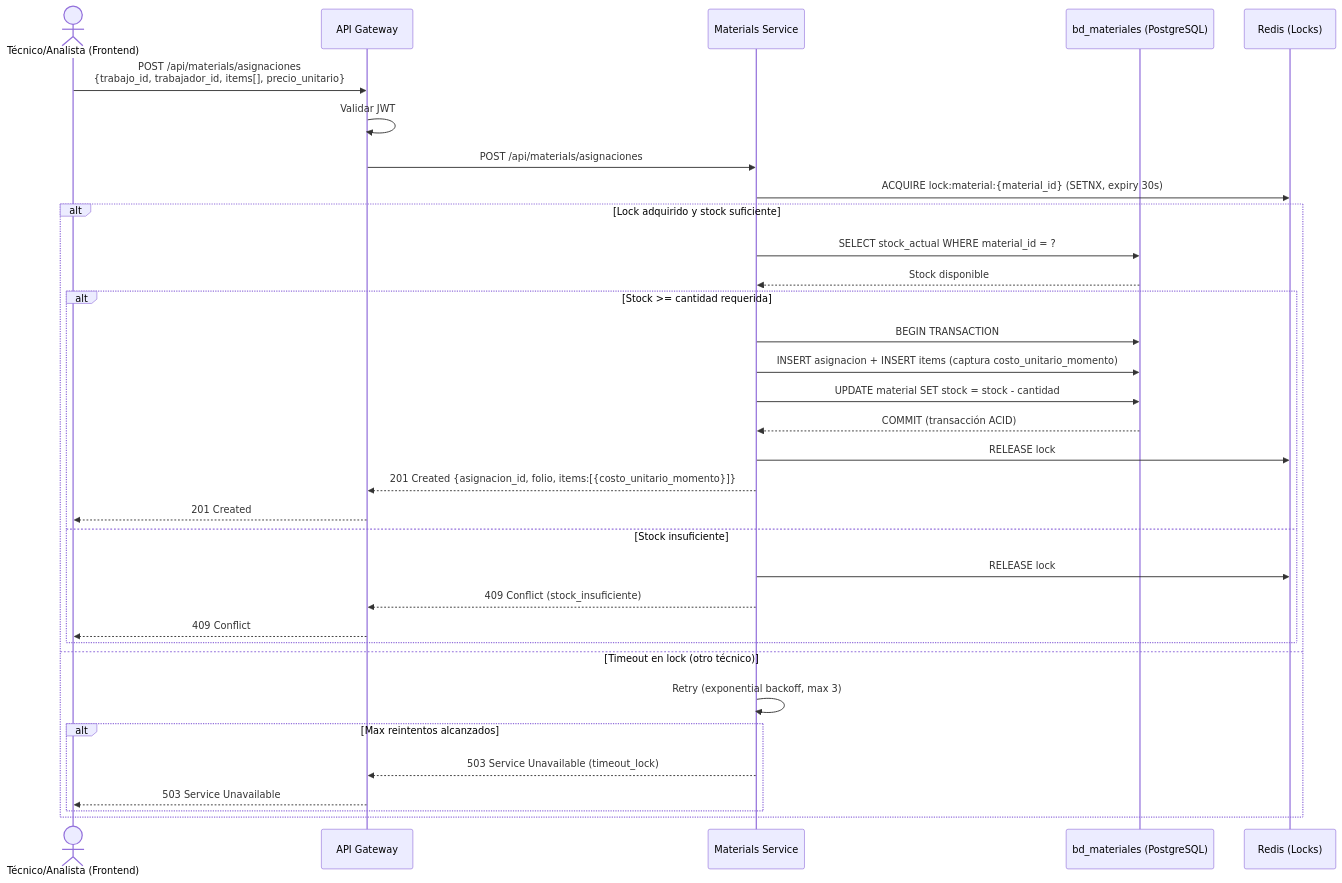
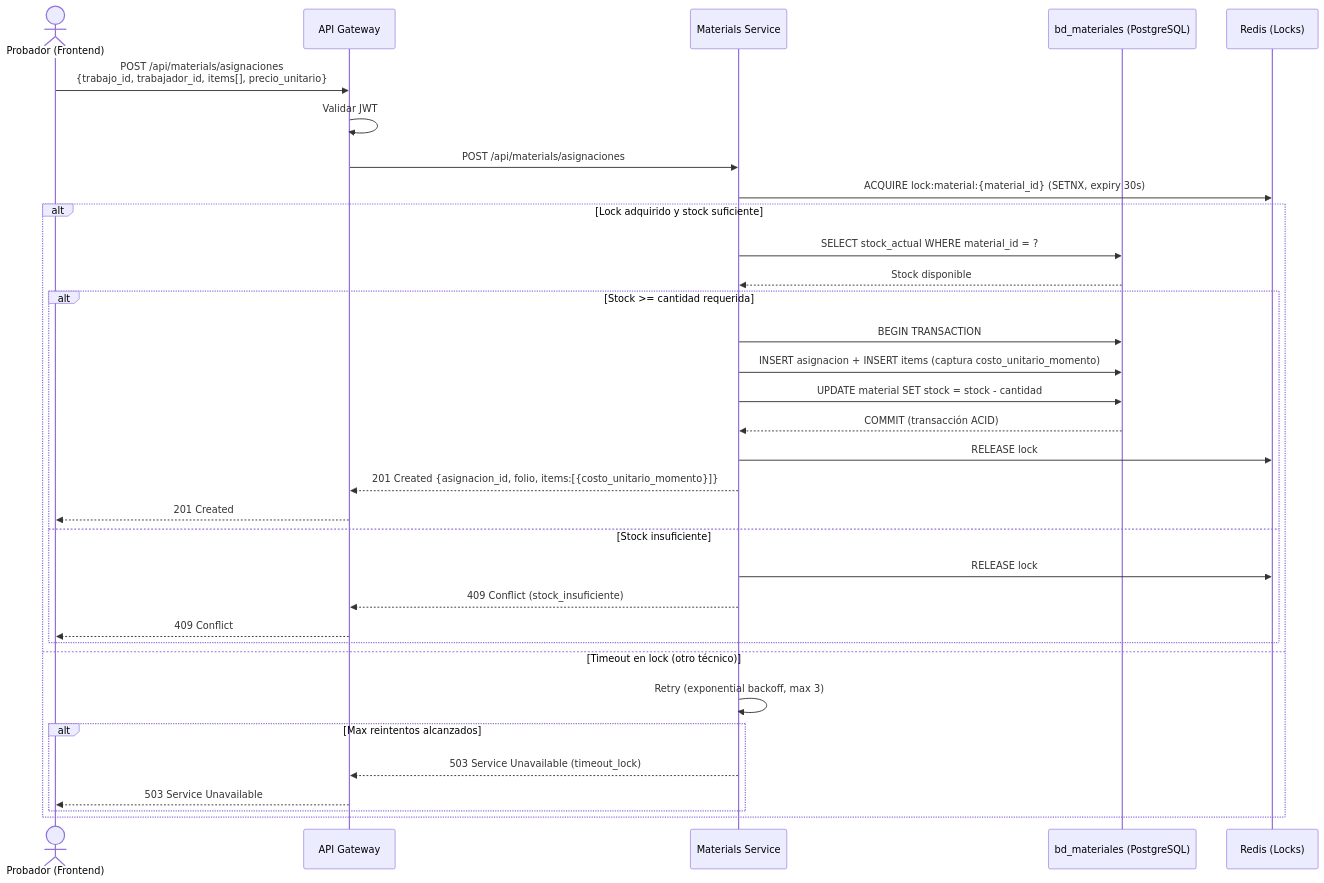
One commit to ybotet/SISGAD5_1.0 changed the fourth of 7 diagrams in docs/diagrams/sequence_diagrams/sequence_diagrams.md. Above: the diagram before and after it, drawn with Mermaid. The commit also changed other lines of this file, not shown here.

Commit message:
docs(diagrams): v2.2 roles corregidos (Probador/Supervisor), estados Cerrada con/sin materiales, orden FSM tras prueba

````diff
--- a/docs/diagrams/sequence_diagrams/sequence_diagrams.md
+++ b/docs/diagrams/sequence_diagrams/sequence_diagrams.md
@@ -234,36 +259,36 @@
 ```mermaid
 sequenceDiagram
-    actor T as Técnico/Analista (Frontend)
+    actor T as Probador (Frontend)
     participant GW as API Gateway
     participant MS as Materials Service
     participant MADB as bd_materiales (PostgreSQL)
     participant RDX as Redis (Locks)
 
     T->>GW: POST /api/materials/asignaciones<br/>{trabajo_id, trabajador_id, items[], precio_unitario}
     GW->>GW: Validar JWT
     GW->>MS: POST /api/materials/asignaciones
     MS->>RDX: ACQUIRE lock:material:{material_id} (SETNX, expiry 30s)
     alt Lock adquirido y stock suficiente
         MS->>MADB: SELECT stock_actual WHERE material_id = ?
         MADB-->>MS: Stock disponible
         alt Stock >= cantidad requerida
             MS->>MADB: BEGIN TRANSACTION
             MS->>MADB: INSERT asignacion + INSERT items (captura costo_unitario_momento)
             MS->>MADB: UPDATE material SET stock = stock - cantidad
             MADB-->>MS: COMMIT (transacción ACID)
             MS->>RDX: RELEASE lock
             MS-->>GW: 201 Created {asignacion_id, folio, items:[{costo_unitario_momento}]}
             GW-->>T: 201 Created
         else Stock insuficiente
             MS->>RDX: RELEASE lock
             MS-->>GW: 409 Conflict (stock_insuficiente)
             GW-->>T: 409 Conflict
         end
     else Timeout en lock (otro técnico)
         MS->>MS: Retry (exponential backoff, max 3)
         alt Max reintentos alcanzados
             MS-->>GW: 503 Service Unavailable (timeout_lock)
             GW-->>T: 503 Service Unavailable
         end
     end
 ```
````
